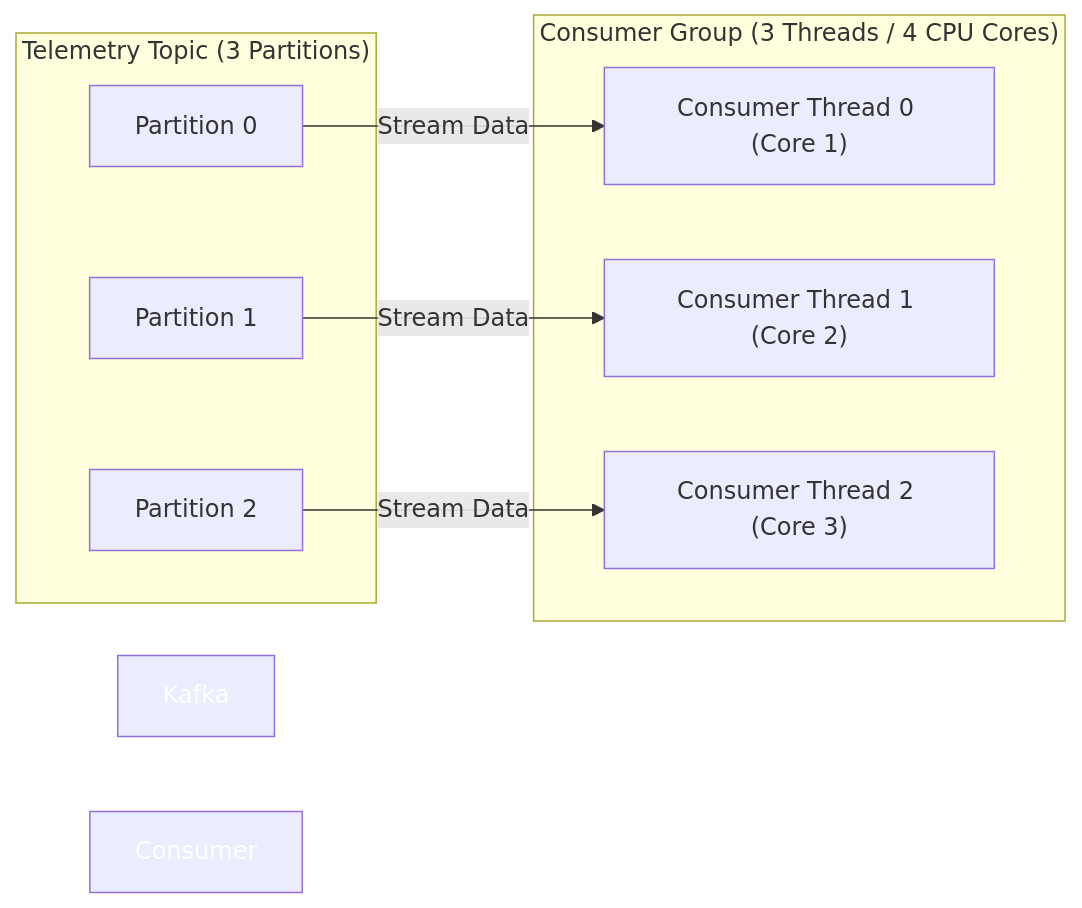
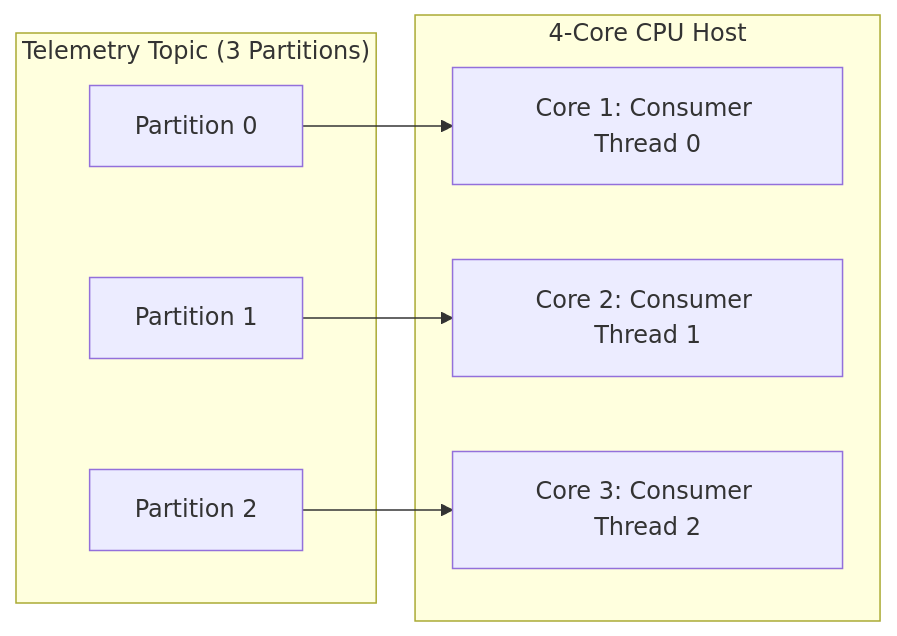
One commit to Chief-Strategist-J/llm-obs-infra changed diagram 11 of 12 in docs/configDoc/kafka-configuration-guide.md. Above: the diagram before and after it, drawn with Mermaid. The commit also changed other lines of this file, not shown here.

Commit message:
docs(kafka): add HLD/LLD diagrams, naming convention origin, and visual parameter breakdowns to kafka-configuration-guide.md

````diff
--- a/docs/configDoc/kafka-configuration-guide.md
+++ b/docs/configDoc/kafka-configuration-guide.md
@@ -307,21 +412,18 @@
 ```mermaid
 graph LR
     subgraph Kafka Topic ["Telemetry Topic (3 Partitions)"]
         P0["Partition 0"]
         P1["Partition 1"]
         P2["Partition 2"]
     end
 
-    subgraph Consumer Group ["Consumer Group (3 Threads / 4 CPU Cores)"]
-        T0["Consumer Thread 0 (Core 1)"]
-        T1["Consumer Thread 1 (Core 2)"]
-        T2["Consumer Thread 2 (Core 3)"]
+    subgraph Host CPU ["4-Core CPU Host"]
+        C1["Core 1: Consumer Thread 0"]
+        C2["Core 2: Consumer Thread 1"]
+        C3["Core 3: Consumer Thread 2"]
     end
 
-    P0 -->|Stream Data| T0
-    P1 -->|Stream Data| T1
-    P2 -->|Stream Data| T2
-
-    style Kafka Topic fill:#16213e,color:#fff
-    style Consumer Group fill:#0f3460,color:#fff
+    P0 --> C1
+    P1 --> C2
+    P2 --> C3
 ```
````
